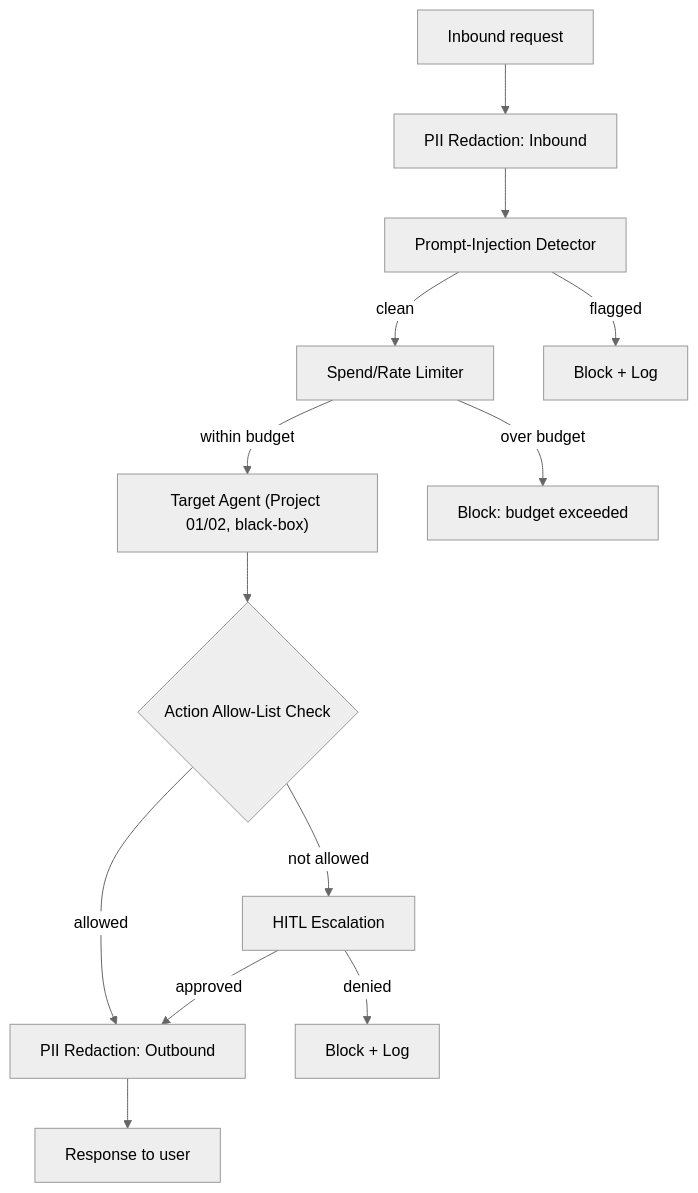
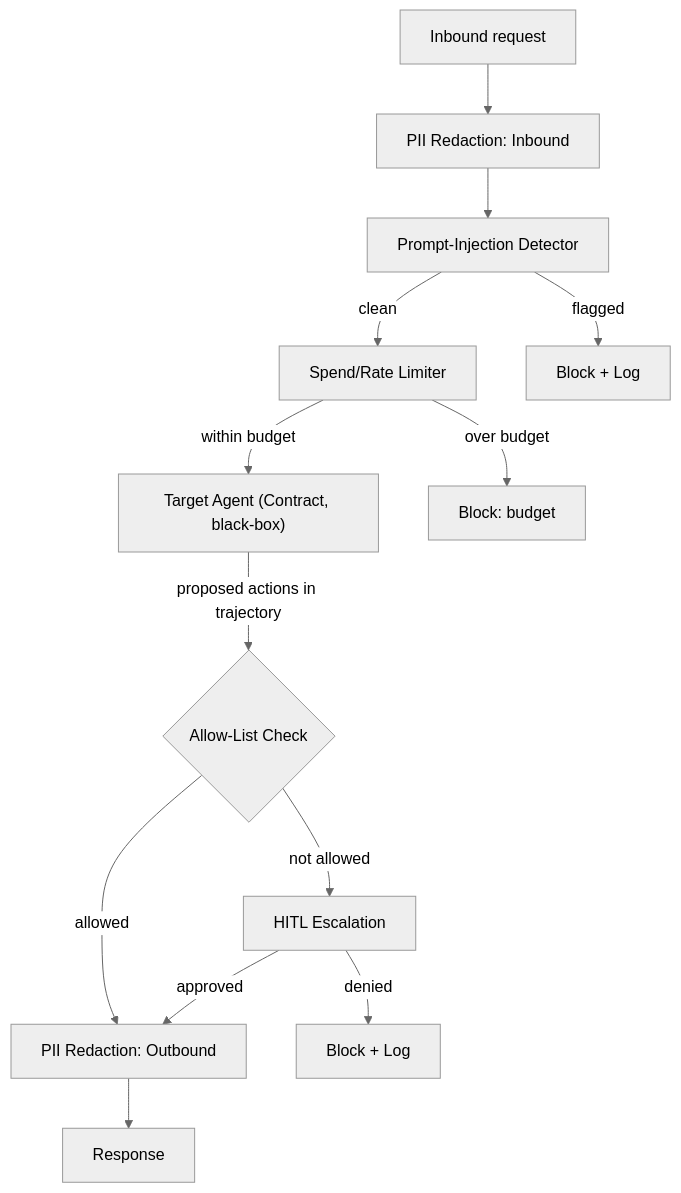
One commit to shrey1409/Multiple-AI-Agents-Projects changed the diagram in projects/11-agent-guardrail-gateway/PLAN.md. Above: the diagram before and after it, drawn with Mermaid (neutral theme). The commit also changed other lines of this file and 11 other files, not shown here.

````diff
--- a/projects/11-agent-guardrail-gateway/PLAN.md
+++ b/projects/11-agent-guardrail-gateway/PLAN.md
@@ -20,15 +20,15 @@
 ```mermaid
 flowchart TD
     REQ["Inbound request"] --> PII_IN[PII Redaction: Inbound]
     PII_IN --> INJ[Prompt-Injection Detector]
     INJ -->|clean| RATE[Spend/Rate Limiter]
     INJ -->|flagged| BLOCK1["Block + Log"]
-    RATE -->|within budget| TGT["Target Agent (Project 01/02, black-box)"]
-    RATE -->|over budget| BLOCK2["Block: budget exceeded"]
-    TGT --> ALLOW{Action Allow-List Check}
+    RATE -->|within budget| TGT["Target Agent (Contract, black-box)"]
+    RATE -->|over budget| BLOCK2["Block: budget"]
+    TGT -->|proposed actions in trajectory| ALLOW{Allow-List Check}
     ALLOW -->|allowed| PII_OUT[PII Redaction: Outbound]
     ALLOW -->|not allowed| ESC["HITL Escalation"]
     ESC -->|approved| PII_OUT
     ESC -->|denied| BLOCK3["Block + Log"]
-    PII_OUT --> RESP[Response to user]
+    PII_OUT --> RESP[Response]
 ```
````
